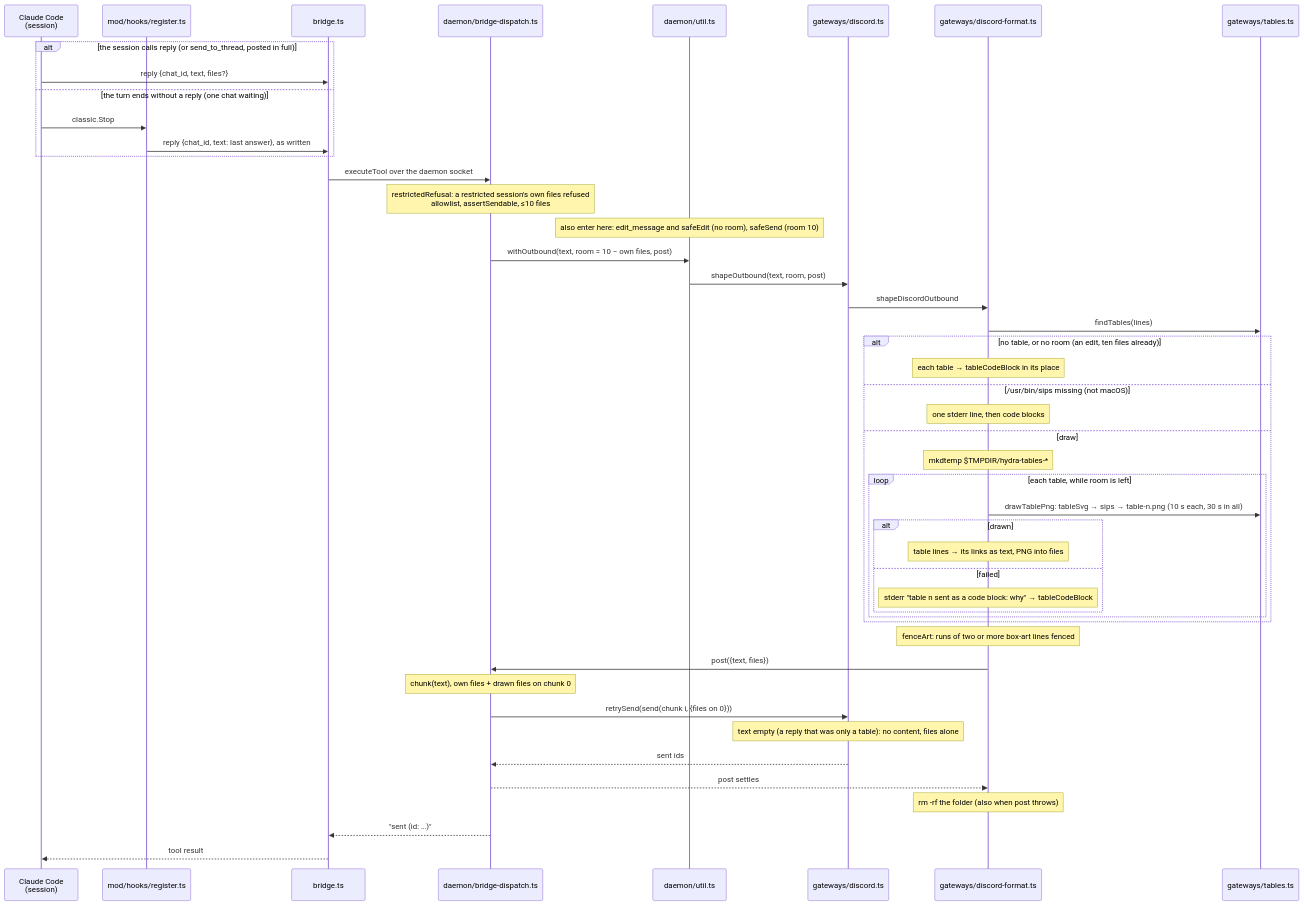
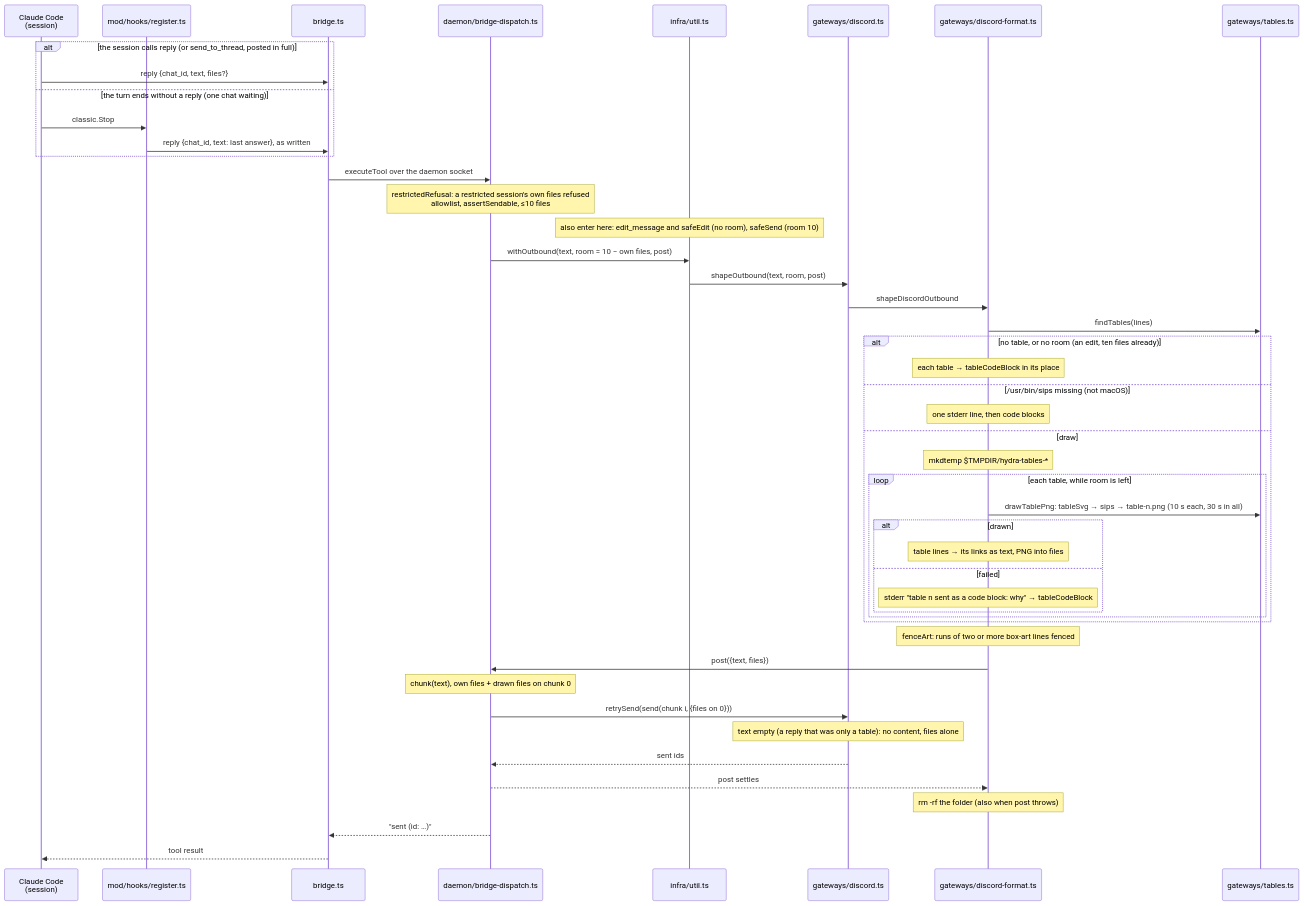
One commit to sf8193/hydra changed the diagram in diagrams/flow-reply.mmd. Above: the diagram before and after it, drawn with Mermaid. The commit also changed 269 other files, not shown here.

First line of the commit message:
Move 25 daemon files that are I/O primitives into infra/ (tier 1)

```diff
--- a/diagrams/flow-reply.mmd
+++ b/diagrams/flow-reply.mmd
@@ -1,54 +1,54 @@
 %% A post's text on its way to the chat: a session's reply, send_to_thread or edit_message, and the daemon's own
-%% safeSend and safeEdit. Each calls withOutbound (daemon/util.ts) before chunking (a raw gateway.send elsewhere does
+%% safeSend and safeEdit. Each calls withOutbound (infra/util.ts) before chunking (a raw gateway.send elsewhere does
 %% not); the gateway's optional shapeOutbound shapes the text and owns any files it made until the caller's whole
 %% send, retries included, has settled.
 %% Only gateways/discord.ts implements shapeOutbound; a gateway without it posts text as written.
 
 sequenceDiagram
     participant model as Claude Code<br/>(session)
     participant mod as mod/hooks/register.ts
     participant bridge as bridge.ts
     participant disp as daemon/bridge-dispatch.ts
-    participant util as daemon/util.ts
+    participant util as infra/util.ts
     participant gw as gateways/discord.ts
     participant fmt as gateways/discord-format.ts
     participant tab as gateways/tables.ts
 
     alt the session calls reply (or send_to_thread, posted in full)
         model->>bridge: reply {chat_id, text, files?}
     else the turn ends without a reply (one chat waiting)
         model->>mod: classic.Stop
         mod->>bridge: reply {chat_id, text: last answer}, as written
     end
     bridge->>disp: executeTool over the daemon socket
     Note over disp: restrictedRefusal: a restricted session's own files refused<br/>allowlist, assertSendable, ≤10 files
     Note over util: also enter here: edit_message and safeEdit (no room), safeSend (room 10)
     disp->>util: withOutbound(text, room = 10 − own files, post)
     util->>gw: shapeOutbound(text, room, post)
     gw->>fmt: shapeDiscordOutbound
     fmt->>tab: findTables(lines)
     alt no table, or no room (an edit, ten files already)
         Note over fmt: each table → tableCodeBlock in its place
     else /usr/bin/sips missing (not macOS)
         Note over fmt: one stderr line, then code blocks
     else draw
         Note over fmt: mkdtemp $TMPDIR/hydra-tables-*
         loop each table, while room is left
             fmt->>tab: drawTablePng: tableSvg → sips → table-n.png (10 s each, 30 s in all)
             alt drawn
                 Note over fmt: table lines → its links as text, PNG into files
             else failed
                 Note over fmt: stderr "table n sent as a code block: why" → tableCodeBlock
             end
         end
     end
     Note over fmt: fenceArt: runs of two or more box-art lines fenced
     fmt->>disp: post({text, files})
     Note over disp: chunk(text), own files + drawn files on chunk 0
     disp->>gw: retrySend(send(chunk i, {files on 0}))
     Note over gw: text empty (a reply that was only a table): no content, files alone
     gw-->>disp: sent ids
     disp-->>fmt: post settles
     Note over fmt: rm -rf the folder (also when post throws)
     disp-->>bridge: "sent (id: …)"
     bridge-->>model: tool result
```
